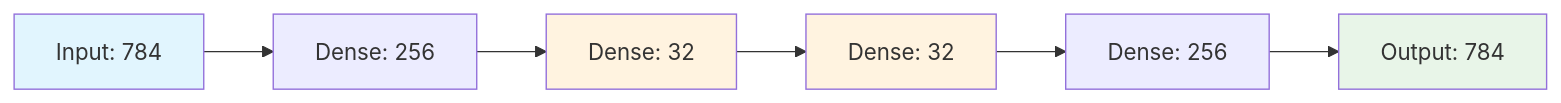
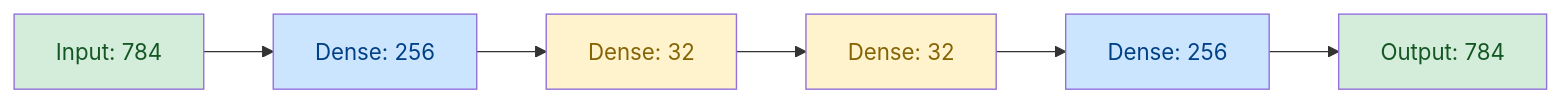
Before and after one commit to abdkhaleel/Image-Denoiser: the first of 2 diagrams in README.md, drawn with Mermaid.

````diff
--- a/README.md
+++ b/README.md
@@ -26,13 +26,15 @@
 ```mermaid
 graph LR
     A[Input: 784] --> B[Dense: 256]
     B --> C[Dense: 32]
     C --> D[Dense: 32]
     D --> E[Dense: 256]
     E --> F[Output: 784]
-    
-    style A fill:#e1f5fe
-    style F fill:#e8f5e8
-    style C fill:#fff3e0
-    style D fill:#fff3e0
+
+    style A fill:#d4edda,color:#155724
+    style F fill:#d4edda,color:#155724
+    style C fill:#fff3cd,color:#856404
+    style D fill:#fff3cd,color:#856404
+    style B fill:#cce5ff,color:#004085
+    style E fill:#cce5ff,color:#004085
 ```
````
